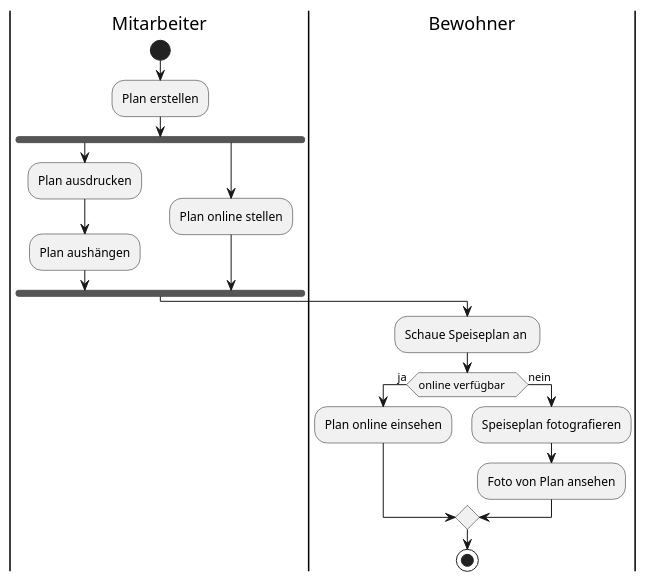
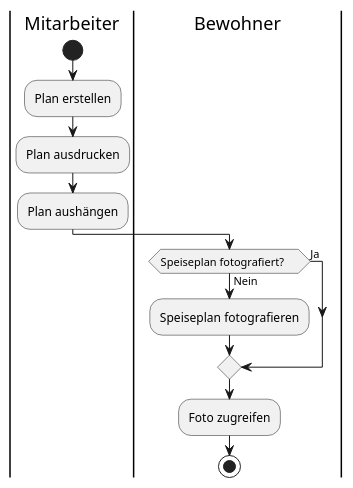
One commit to 1920-3ahif-syp/01-project-prposal-mwllgr changed the first of 4 diagrams in Pflichtenheft_FoodTable.adoc. Above: the diagram before and after it, drawn with PlantUML. The commit also changed other lines of this file, not shown here.

```diff
--- a/Pflichtenheft_FoodTable.adoc
+++ b/Pflichtenheft_FoodTable.adoc
@@ -32,23 +36,17 @@
 [plantuml,activity,png]
 ....
 @startuml
 |Mitarbeiter|
 start
 :Plan erstellen;
-fork
     :Plan ausdrucken;
     :Plan aushängen;
-fork again
-    :Plan online stellen;
-end fork
 |Bewohner|
-:Schaue Speiseplan an ;
-if (online verfügbar    ) then (ja)
-    :Plan online einsehen;
-else (nein)
+if(Speiseplan fotografiert?     ) then (Ja)
+    else (Nein)
     :Speiseplan fotografieren;
-    :Foto von Plan ansehen;
 endif
+:Foto zugreifen;
 stop
 @enduml
 ....
```
